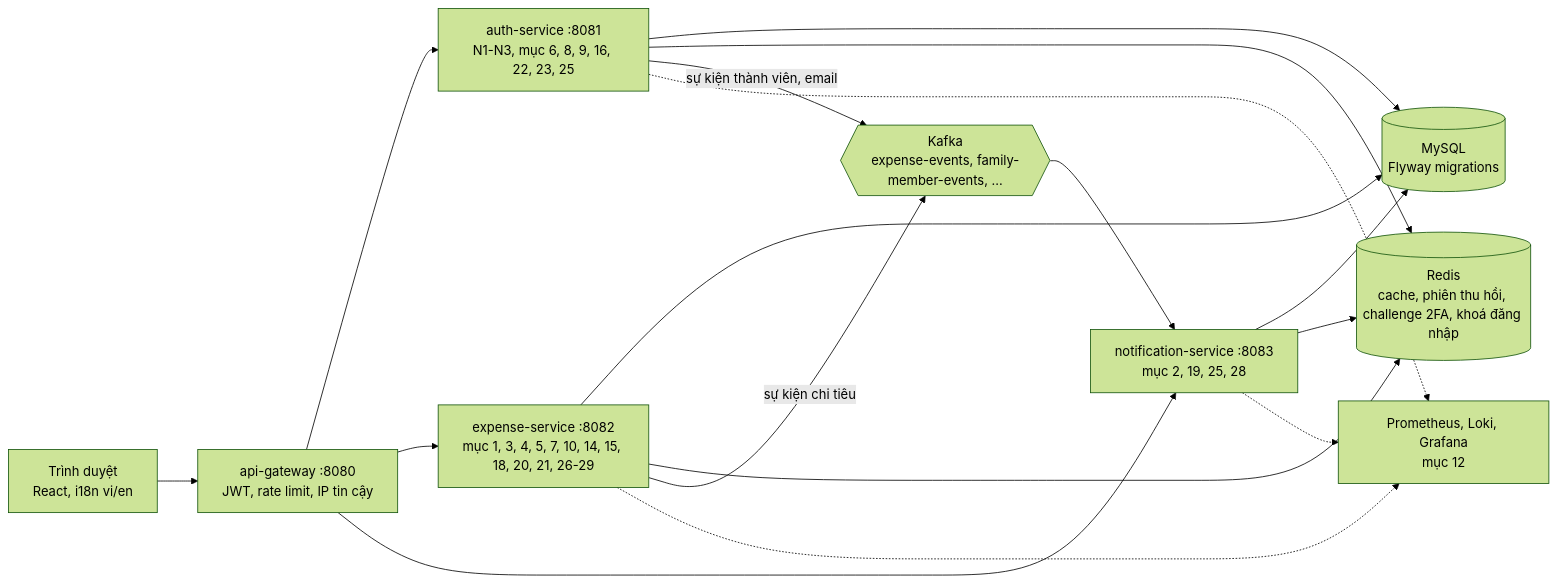
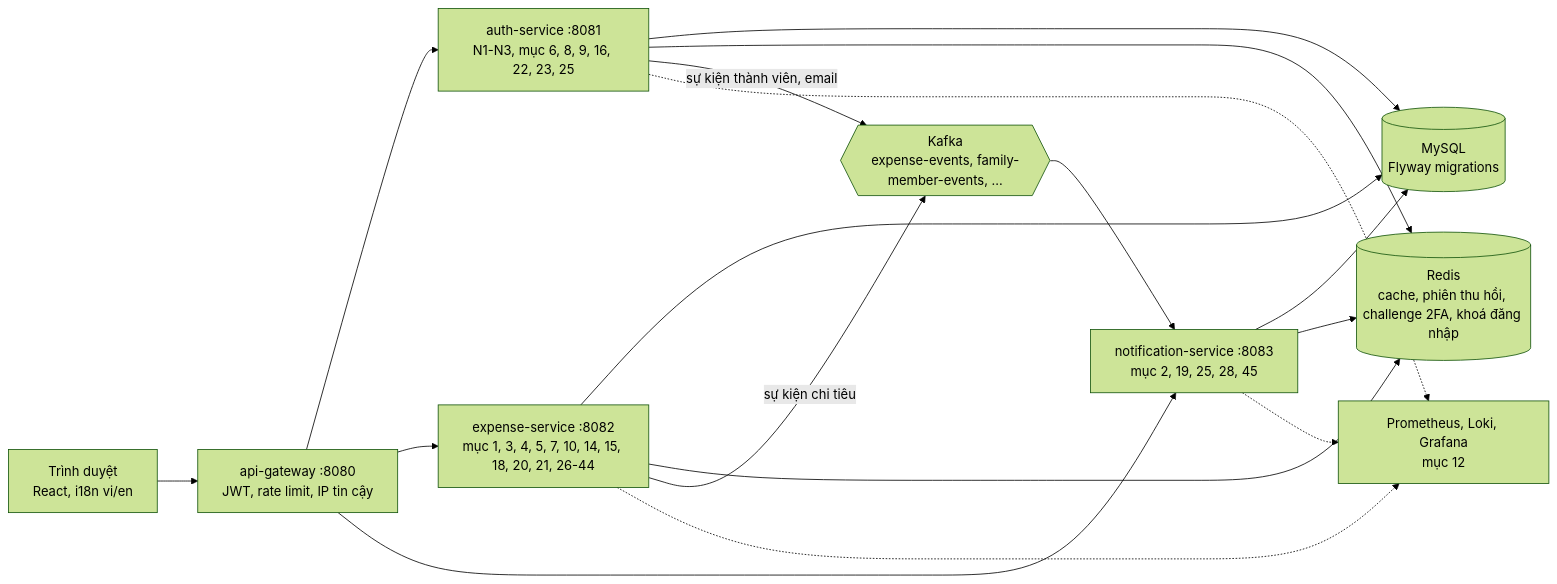
Before and after one commit to boyquynhluu/family-expense-manager: the second of 44 diagrams in README.md, drawn with Mermaid (forest theme). The commit also changed other lines of this file and 303 other files, not shown here.

````diff
--- a/README.md
+++ b/README.md
@@ -266,29 +272,29 @@
 ```mermaid
 flowchart LR
     U["Trình duyệt<br/>React, i18n vi/en"]
     GW["api-gateway :8080<br/>JWT, rate limit, IP tin cậy"]
     AU["auth-service :8081<br/>N1-N3, mục 6, 8, 9, 16, 22, 23, 25"]
-    EX["expense-service :8082<br/>mục 1, 3, 4, 5, 7, 10, 14, 15, 18, 20, 21, 26-29"]
-    NO["notification-service :8083<br/>mục 2, 19, 25, 28"]
+    EX["expense-service :8082<br/>mục 1, 3, 4, 5, 7, 10, 14, 15, 18, 20, 21, 26-44"]
+    NO["notification-service :8083<br/>mục 2, 19, 25, 28, 45"]
     DB[("MySQL<br/>Flyway migrations")]
     RD[("Redis<br/>cache, phiên thu hồi, challenge 2FA, khoá đăng nhập")]
     KF{{"Kafka<br/>expense-events, family-member-events, ..."}}
     OB["Prometheus, Loki, Grafana<br/>mục 12"]
 
     U --> GW
     GW --> AU
     GW --> EX
     GW --> NO
     AU --> DB
     EX --> DB
     NO --> DB
     AU --> RD
     EX --> RD
     NO --> RD
     EX -- "sự kiện chi tiêu" --> KF
     AU -- "sự kiện thành viên, email" --> KF
     KF --> NO
     AU -.-> OB
     EX -.-> OB
     NO -.-> OB
 ```
````
